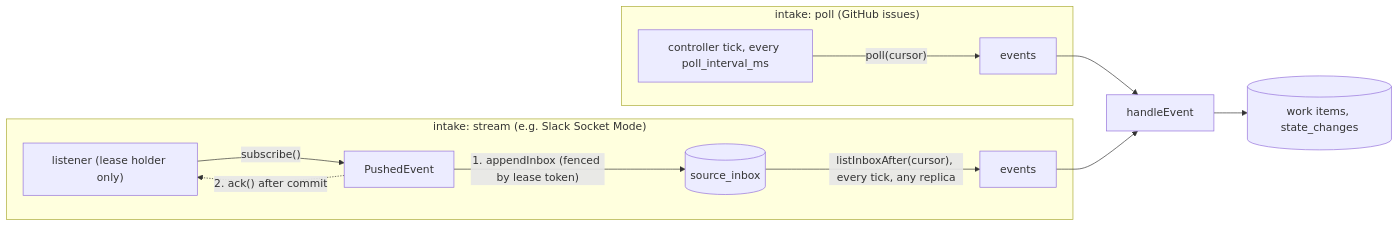
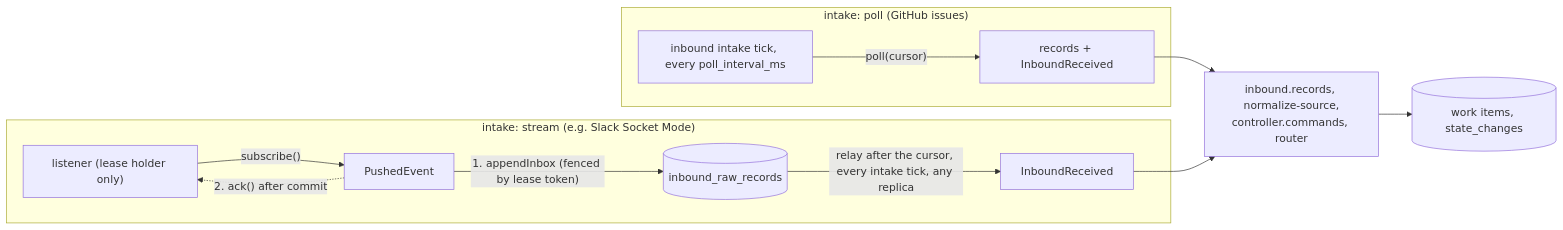
One commit to seonWKim/software-factory changed the fifth of 6 diagrams in docs/architecture.md. Above: the diagram before and after it, drawn with Mermaid. The commit also changed other lines of this file and 1 other file, not shown here.

First line of the commit message:
Docs: ARCHITECTURE.md and docs/architecture.md describe the RFC 0015 components

````diff
--- a/docs/architecture.md
+++ b/docs/architecture.md
@@ -248,15 +250,15 @@
 ```mermaid
 graph LR
   subgraph POLL["intake: poll (GitHub issues)"]
-    P1["controller tick, every poll_interval_ms"] -->|"poll(cursor)"| P2["events"]
+    P1["inbound intake tick, every poll_interval_ms"] -->|"poll(cursor)"| P2["records + InboundReceived"]
   end
   subgraph PUSH["intake: stream (e.g. Slack Socket Mode)"]
     S1["listener (lease holder only)"] -->|"subscribe()"| S2["PushedEvent"]
-    S2 -->|"1. appendInbox (fenced by lease token)"| IN[("source_inbox")]
+    S2 -->|"1. appendInbox (fenced by lease token)"| IN[("inbound_raw_records")]
     S2 -.->|"2. ack() after commit"| S1
-    IN -->|"listInboxAfter(cursor), every tick, any replica"| S3["events"]
+    IN -->|"relay after the cursor, every intake tick, any replica"| S3["InboundReceived"]
   end
-  P2 --> H["handleEvent"]
+  P2 --> H["inbound.records, normalize-source,<br/>controller.commands, router"]
   S3 --> H
   H --> ST[("work items, state_changes")]
 ```
````
